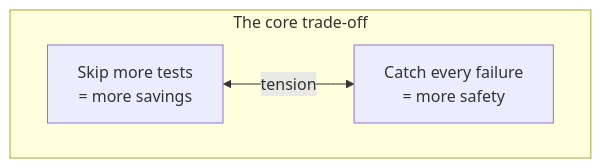
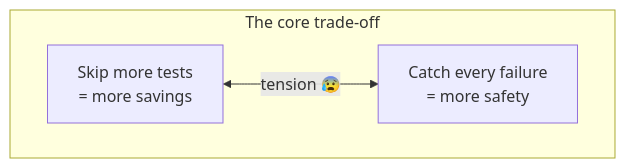
The second of 23 diagrams in README.md (nizamphoenix/predictive-test-selection), drawn with Mermaid before and after one commit.

Commit message:
Update tension label in flowchart in README

````diff
--- a/README.md
+++ b/README.md
@@ -159,7 +159,7 @@
 ```mermaid
 flowchart TB
     subgraph "The core trade-off"
     direction LR
-    A[Skip more tests<br/>= more savings] <--> |tension| B[Catch every failure<br/>= more safety]
+    A[Skip more tests<br/>= more savings] <--> |tension 😰| B[Catch every failure<br/>= more safety]
     end
 ```
````
